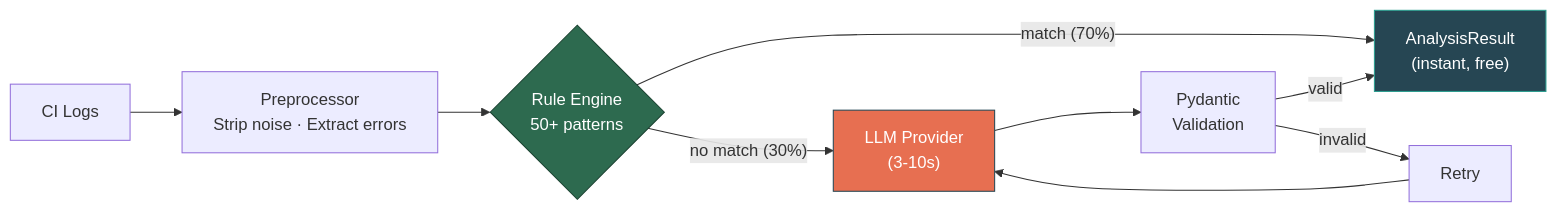
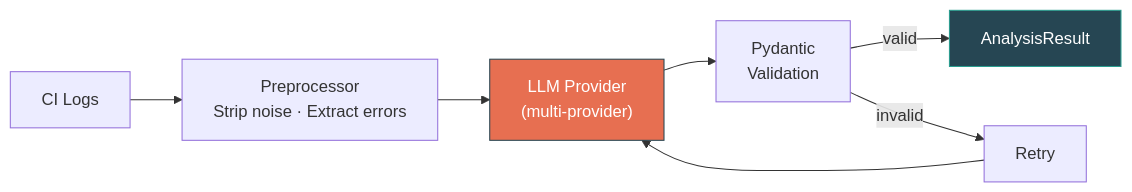
One commit to alihaidar2950/cifi changed the second of 3 diagrams in README.md. Above: the diagram before and after it, drawn with Mermaid. The commit also changed other lines of this file and 18 other files, not shown here.

````diff
--- a/README.md
+++ b/README.md
@@ -86,15 +81,12 @@
 ```mermaid
 flowchart LR
     logs["CI Logs"] --> pre["Preprocessor\nStrip noise · Extract errors"]
-    pre --> re{"Rule Engine\n50+ patterns"}
-    re -->|"match (70%)"| result["AnalysisResult\n(instant, free)"]
-    re -->|"no match (30%)"| llm["LLM Provider\n(3-10s)"]
+    pre --> llm["LLM Provider\n(multi-provider)"]
     llm --> validate["Pydantic\nValidation"]
-    validate -->|valid| result
+    validate -->|valid| result["AnalysisResult"]
     validate -->|invalid| retry["Retry"]
     retry --> llm
 
-    style re fill:#2d6a4f,stroke:#1b4332,color:#fff
     style llm fill:#e76f51,stroke:#264653,color:#fff
     style result fill:#264653,stroke:#2a9d8f,color:#fff
 ```
````
